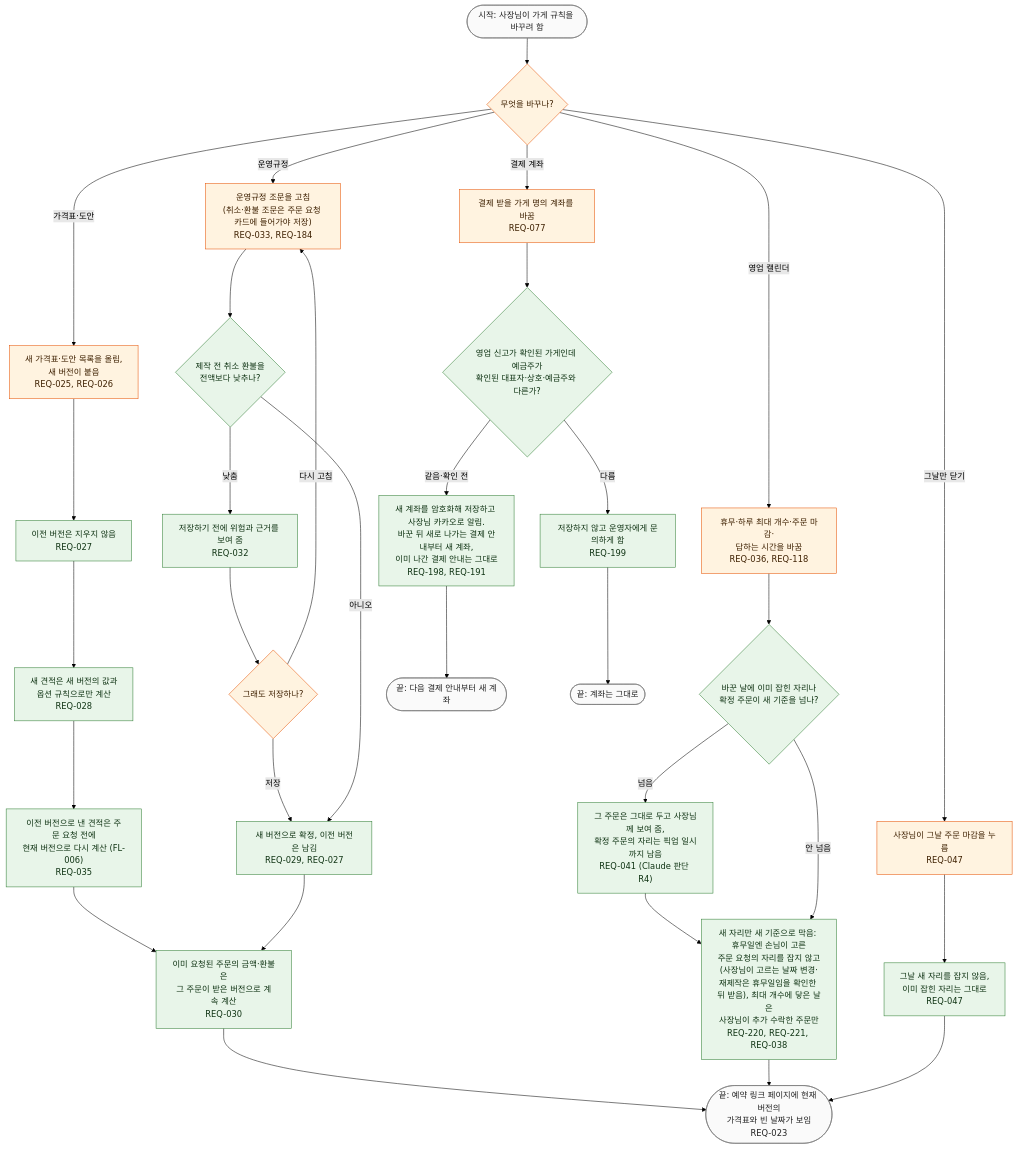
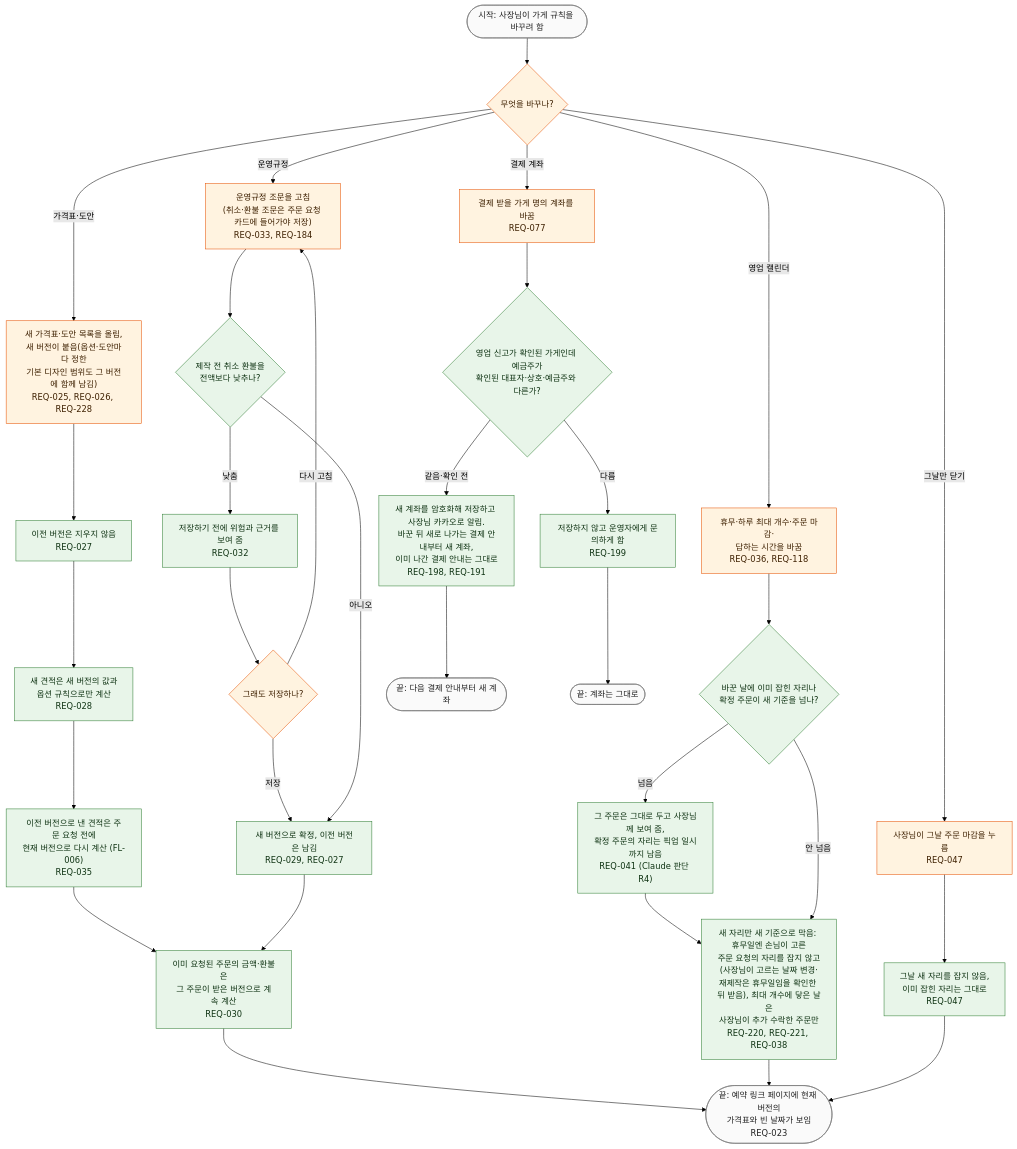
The diagram in docs/03-user-flow/FL-002-change-shop-rules.md (kodonghui/siljang.ai), drawn with Mermaid (forest theme) before and after one commit. The commit also changed other lines of this file and 12 other files, not shown here.

````diff
--- a/docs/03-user-flow/FL-002-change-shop-rules.md
+++ b/docs/03-user-flow/FL-002-change-shop-rules.md
@@ -18,52 +18,52 @@
 ```mermaid
 flowchart TD
   S(["시작: 사장님이 가게 규칙을 바꾸려 함"])
   D0{"무엇을 바꾸나?"}
-  P1["새 가격표·도안 목록을 올림,<br/>새 버전이 붙음<br/>REQ-025, REQ-026"]
+  P1["새 가격표·도안 목록을 올림,<br/>새 버전이 붙음(옵션·도안마다 정한<br/>기본 디자인 범위도 그 버전에 함께 남김)<br/>REQ-025, REQ-026, REQ-228"]
   P2["이전 버전은 지우지 않음<br/>REQ-027"]
   P3["새 견적은 새 버전의 값과<br/>옵션 규칙으로만 계산<br/>REQ-028"]
   P4["이전 버전으로 낸 견적은 주문 요청 전에<br/>현재 버전으로 다시 계산 (FL-006)<br/>REQ-035"]
   U1["운영규정 조문을 고침<br/>(취소·환불 조문은 주문 요청 카드에 들어가야 저장)<br/>REQ-033, REQ-184"]
   D1{"제작 전 취소 환불을<br/>전액보다 낮추나?"}
   U2["저장하기 전에 위험과 근거를 보여 줌<br/>REQ-032"]
   D2{"그래도 저장하나?"}
   U3["새 버전으로 확정, 이전 버전은 남김<br/>REQ-029, REQ-027"]
   K1["이미 요청된 주문의 금액·환불은<br/>그 주문이 받은 버전으로 계속 계산<br/>REQ-030"]
   C1["휴무·하루 최대 개수·주문 마감·<br/>답하는 시간을 바꿈<br/>REQ-036, REQ-118"]
   D3{"바꾼 날에 이미 잡힌 자리나<br/>확정 주문이 새 기준을 넘나?"}
   C2["그 주문은 그대로 두고 사장님께 보여 줌,<br/>확정 주문의 자리는 픽업 일시까지 남음<br/>REQ-041 (Claude 판단 R4)"]
   C3["새 자리만 새 기준으로 막음: 휴무일엔 손님이 고른<br/>주문 요청의 자리를 잡지 않고(사장님이 고르는 날짜 변경·<br/>재제작은 휴무일임을 확인한 뒤 받음), 최대 개수에 닿은 날은<br/>사장님이 추가 수락한 주문만<br/>REQ-220, REQ-221, REQ-038"]
   M1["사장님이 그날 주문 마감을 누름<br/>REQ-047"]
   M2["그날 새 자리를 잡지 않음,<br/>이미 잡힌 자리는 그대로<br/>REQ-047"]
   E1(["끝: 예약 링크 페이지에 현재 버전의<br/>가격표와 빈 날짜가 보임<br/>REQ-023"])
   A1["결제 받을 가게 명의 계좌를 바꿈<br/>REQ-077"]
   D4{"영업 신고가 확인된 가게인데 예금주가<br/>확인된 대표자·상호·예금주와 다른가?"}
   W1["저장하지 않고 운영자에게 문의하게 함<br/>REQ-199"]
   A2["새 계좌를 암호화해 저장하고 사장님 카카오로 알림.<br/>바꾼 뒤 새로 나가는 결제 안내부터 새 계좌,<br/>이미 나간 결제 안내는 그대로<br/>REQ-198, REQ-191"]
   E2(["끝: 다음 결제 안내부터 새 계좌"])
   E3(["끝: 계좌는 그대로"])
 
   S --> D0
   D0 -->|"가격표·도안"| P1 --> P2 --> P3 --> P4 --> K1
   D0 -->|"운영규정"| U1 --> D1
   D1 -->|"낮춤"| U2 --> D2
   D2 -->|"저장"| U3
   D2 -->|"다시 고침"| U1
   D1 -->|"아니오"| U3
   U3 --> K1 --> E1
   D0 -->|"영업 캘린더"| C1 --> D3
   D3 -->|"넘음"| C2 --> C3
   D3 -->|"안 넘음"| C3
   C3 --> E1
   D0 -->|"그날만 닫기"| M1 --> M2 --> E1
   D0 -->|"결제 계좌"| A1 --> D4
   D4 -->|"다름"| W1 --> E3
   D4 -->|"같음·확인 전"| A2 --> E2
 
   classDef owner fill:#fff3e0,stroke:#e65100,color:#3e2000
   classDef svc fill:#e8f5e9,stroke:#2e7d32,color:#0f3313
   classDef term fill:#fafafa,stroke:#757575,color:#212121
   class D0,P1,U1,D2,C1,M1,A1 owner
   class P2,P3,P4,D1,U2,U3,K1,D3,C2,C3,M2,D4,W1,A2 svc
   class S,E1,E2,E3 term
 ```
````
